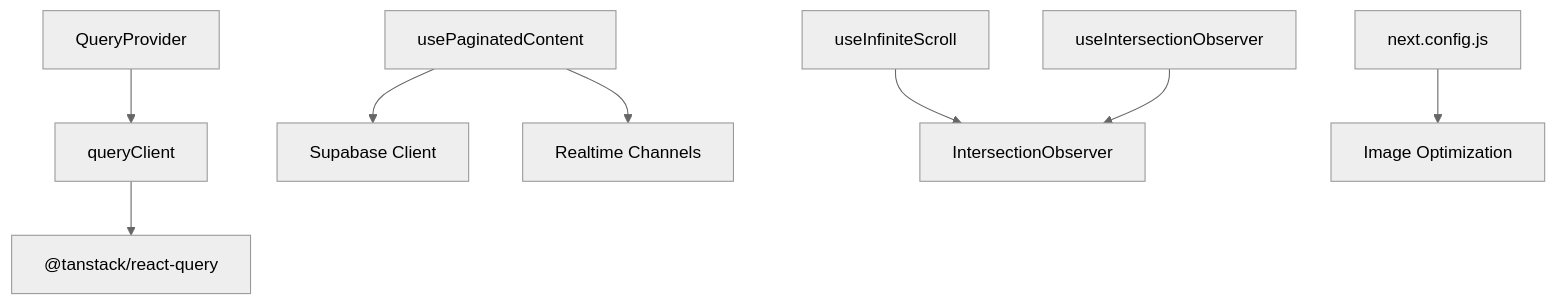
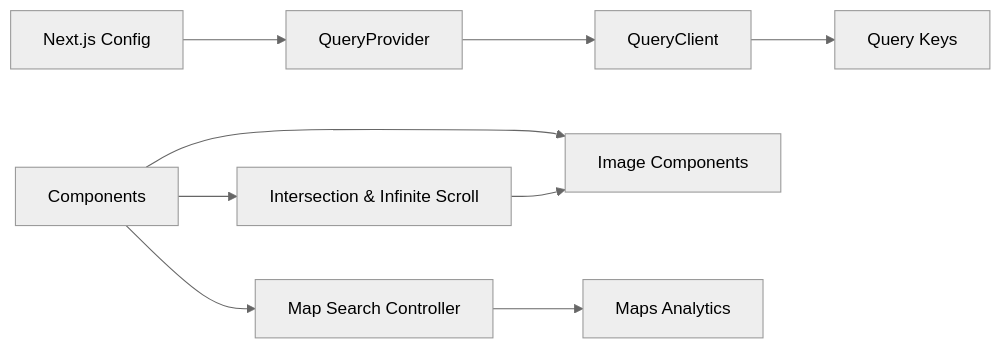
One commit to Meaetin/alibaba-hackathon changed the seventh of 7 diagrams in .qoder/repowiki/en/content/Performance Optimization.md. Above: the diagram before and after it, drawn with Mermaid (neutral theme). The commit also changed other lines of this file and 241 other files, not shown here.

````diff
--- a/.qoder/repowiki/en/content/Performance Optimization.md
+++ b/.qoder/repowiki/en/content/Performance Optimization.md
@@ -351,10 +263,11 @@
 ```mermaid
-graph TB
-QP["QueryProvider"] --> QC["queryClient"]
-QC --> RQ["@tanstack/react-query"]
-UIC["usePaginatedContent"] --> SUP["Supabase Client"]
-UIC --> CH["Realtime Channels"]
-ISC["useInfiniteScroll"] --> IO["IntersectionObserver"]
-UIO["useIntersectionObserver"] --> IO
-IMG["next.config.js"] --> OPT["Image Optimization"]
+graph LR
+Next["Next.js Config"] --> QueryProv["QueryProvider"]
+QueryProv --> QueryClient["QueryClient"]
+QueryClient --> QueryKeys["Query Keys"]
+UI["Components"] --> Hooks["Intersection & Infinite Scroll"]
+UI --> Media["Image Components"]
+UI --> MapsCtrl["Map Search Controller"]
+MapsCtrl --> MapsAPI["Maps Analytics"]
+Hooks --> Media
 ```
````
